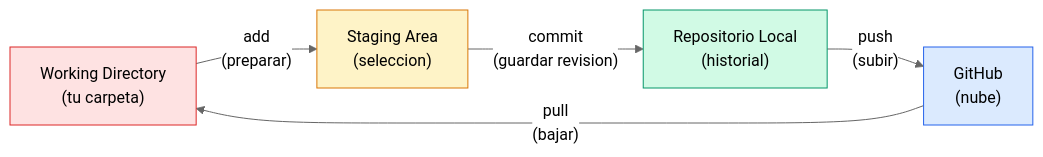
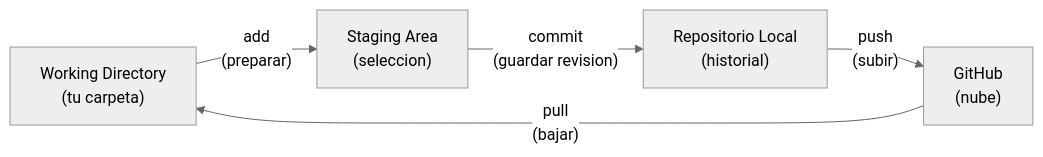
Before and after one commit to santimarro/guia-pauli-git: the second of 9 diagrams in guia-git-para-pauli.md, drawn with Mermaid (neutral theme). The commit also changed other lines of this file, not shown here.

Commit message:
remove custom mermaid colors for github dark mode compat

````diff
--- a/guia-git-para-pauli.md
+++ b/guia-git-para-pauli.md
@@ -104,12 +100,7 @@
 ```mermaid
 graph LR
     A["Working Directory<br/>(tu carpeta)"] -->|"add<br/>(preparar)"| B["Staging Area<br/>(seleccion)"]
     B -->|"commit<br/>(guardar revision)"| C["Repositorio Local<br/>(historial)"]
     C -->|"push<br/>(subir)"| D["GitHub<br/>(nube)"]
     D -->|"pull<br/>(bajar)"| A
-
-    style A fill:#FEE2E2,stroke:#DC2626
-    style B fill:#FEF3C7,stroke:#D97706
-    style C fill:#D1FAE5,stroke:#059669
-    style D fill:#DBEAFE,stroke:#2563EB
 ```
````
